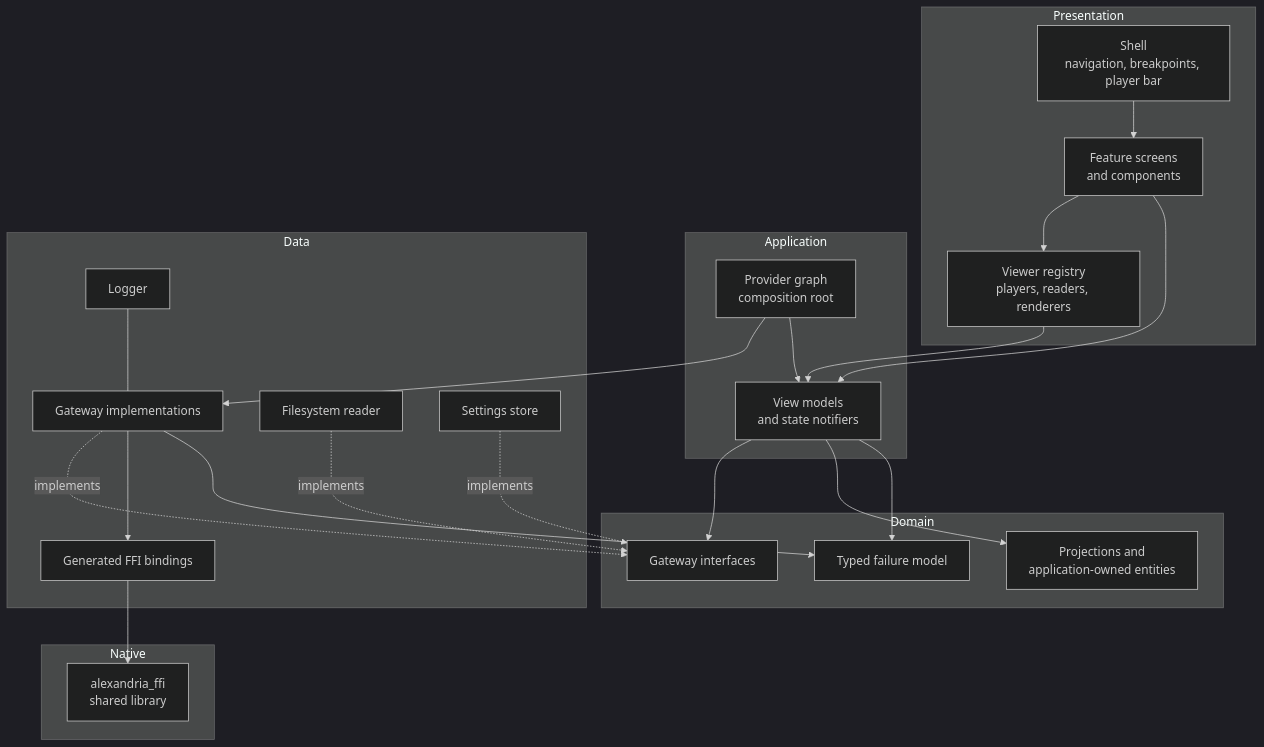
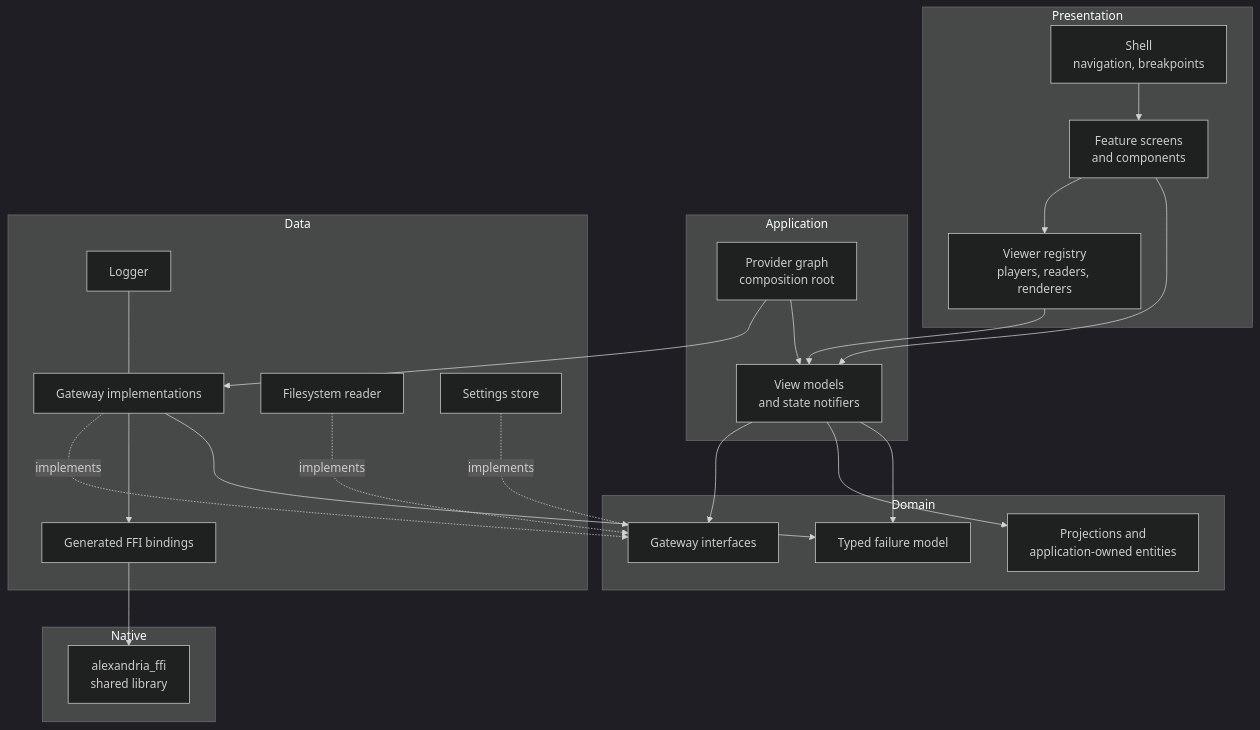
Before and after one commit to artur-rios/alexandria-ui: the diagram in docs/requirements/Operations & Infrastructure Document.md, drawn with Mermaid (dark theme). The commit also changed other lines of this file and 14 other files, not shown here.

````diff
--- a/docs/requirements/Operations & Infrastructure Document.md
+++ b/docs/requirements/Operations & Infrastructure Document.md
@@ -49,48 +49,48 @@
 ```mermaid
 graph TD
     subgraph Presentation
-        SHELL[Shell<br/>navigation, breakpoints, player bar]
+        SHELL[Shell<br/>navigation, breakpoints]
         SCREENS[Feature screens<br/>and components]
         VIEWERS[Viewer registry<br/>players, readers, renderers]
     end
 
     subgraph Application
         VM[View models<br/>and state notifiers]
         DI[Provider graph<br/>composition root]
     end
 
     subgraph Domain
         MODELS[Projections and<br/>application-owned entities]
         PORTS[Gateway interfaces]
         FAIL[Typed failure model]
     end
 
     subgraph Data
         BIND[Generated FFI bindings]
         GW[Gateway implementations]
         FS[Filesystem reader]
         PREFS[Settings store]
         LOG[Logger]
     end
 
     subgraph Native
         CORE[alexandria_ffi<br/>shared library]
     end
 
     SHELL --> SCREENS
     SCREENS --> VIEWERS
     SCREENS --> VM
     VIEWERS --> VM
     VM --> PORTS
     VM --> MODELS
     VM --> FAIL
     DI --> GW
     DI --> VM
     GW -.implements.-> PORTS
     FS -.implements.-> PORTS
     PREFS -.implements.-> PORTS
     GW --> BIND
     GW --> FAIL
     BIND --> CORE
     LOG --- GW
 ```
````
